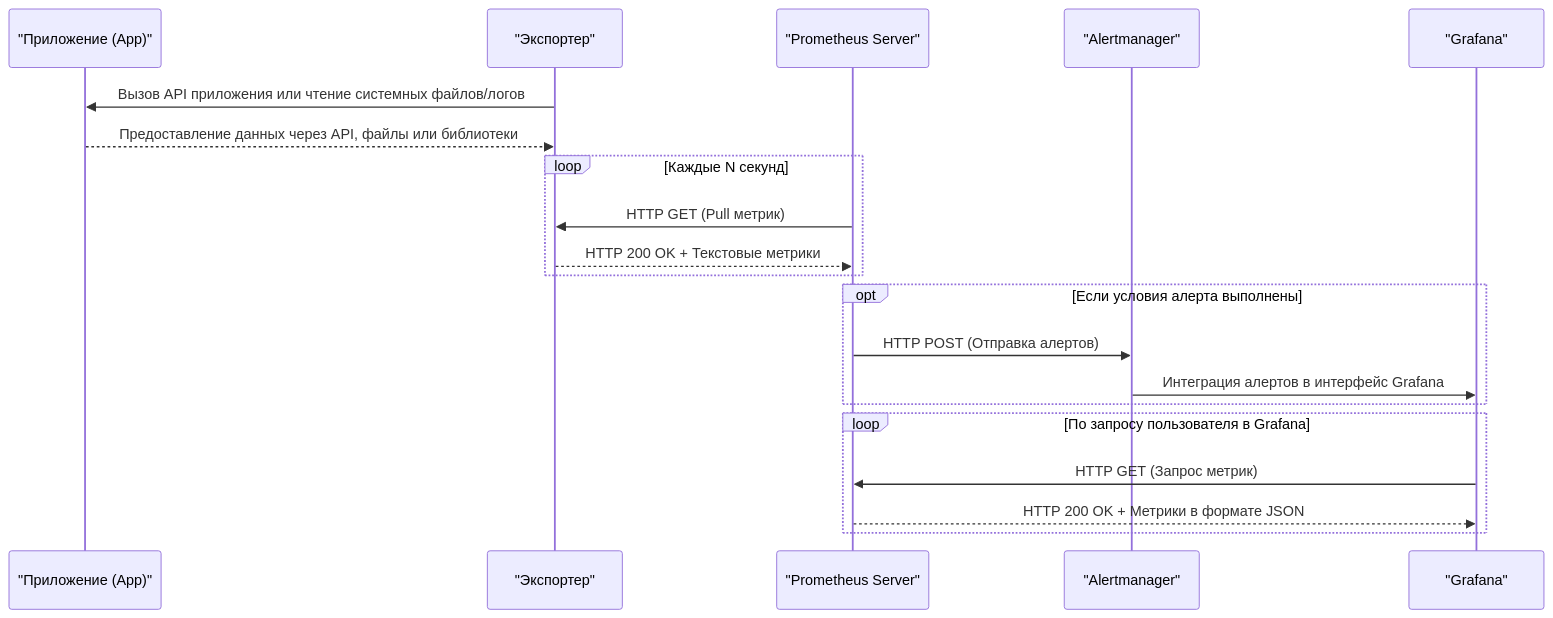
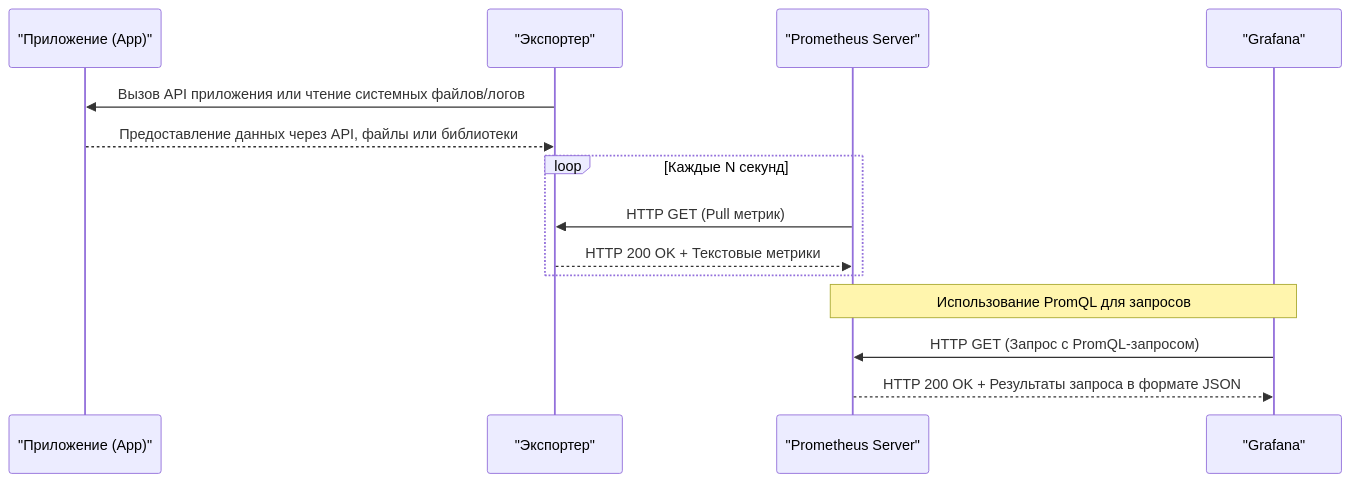
One commit to lamjob1993/linux-monitoring changed the diagram in grafana/README.md. Above: the diagram before and after it, drawn with Mermaid. The commit also changed other lines of this file, not shown here.

````diff
--- a/grafana/README.md
+++ b/grafana/README.md
@@ -8,26 +8,19 @@
 ```mermaid
 sequenceDiagram
     participant App as "Приложение (App)"
     participant Exporter as "Экспортер"
     participant Prometheus as "Prometheus Server"
-    participant Alertmanager as "Alertmanager"
     participant Grafana as "Grafana"
 
     Exporter->>App: Вызов API приложения или чтение системных файлов/логов
     App-->>Exporter: Предоставление данных через API, файлы или библиотеки
 
     loop Каждые N секунд
         Prometheus->>Exporter: HTTP GET (Pull метрик)
         Exporter-->>Prometheus: HTTP 200 OK + Текстовые метрики
     end
 
-    opt Если условия алерта выполнены
-        Prometheus->>Alertmanager: HTTP POST (Отправка алертов)
-        Alertmanager->>Grafana: Интеграция алертов в интерфейс Grafana
-    end
-
-    loop По запросу пользователя в Grafana
-        Grafana->>Prometheus: HTTP GET (Запрос метрик)
-        Prometheus-->>Grafana: HTTP 200 OK + Метрики в формате JSON
-    end
+    note over Grafana,Prometheus: Использование PromQL для запросов
+    Grafana->>Prometheus: HTTP GET (Запрос с PromQL-запросом)
+    Prometheus-->>Grafana: HTTP 200 OK + Результаты запроса в формате JSON
 ```
````
